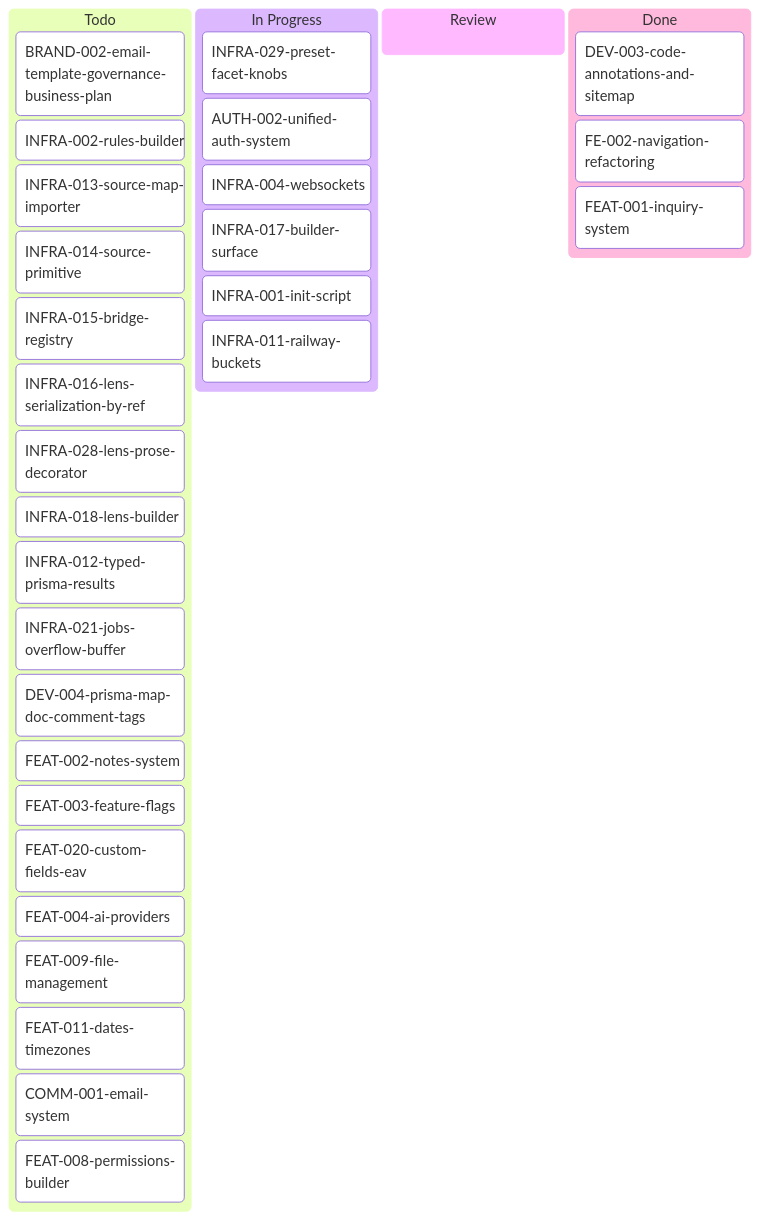
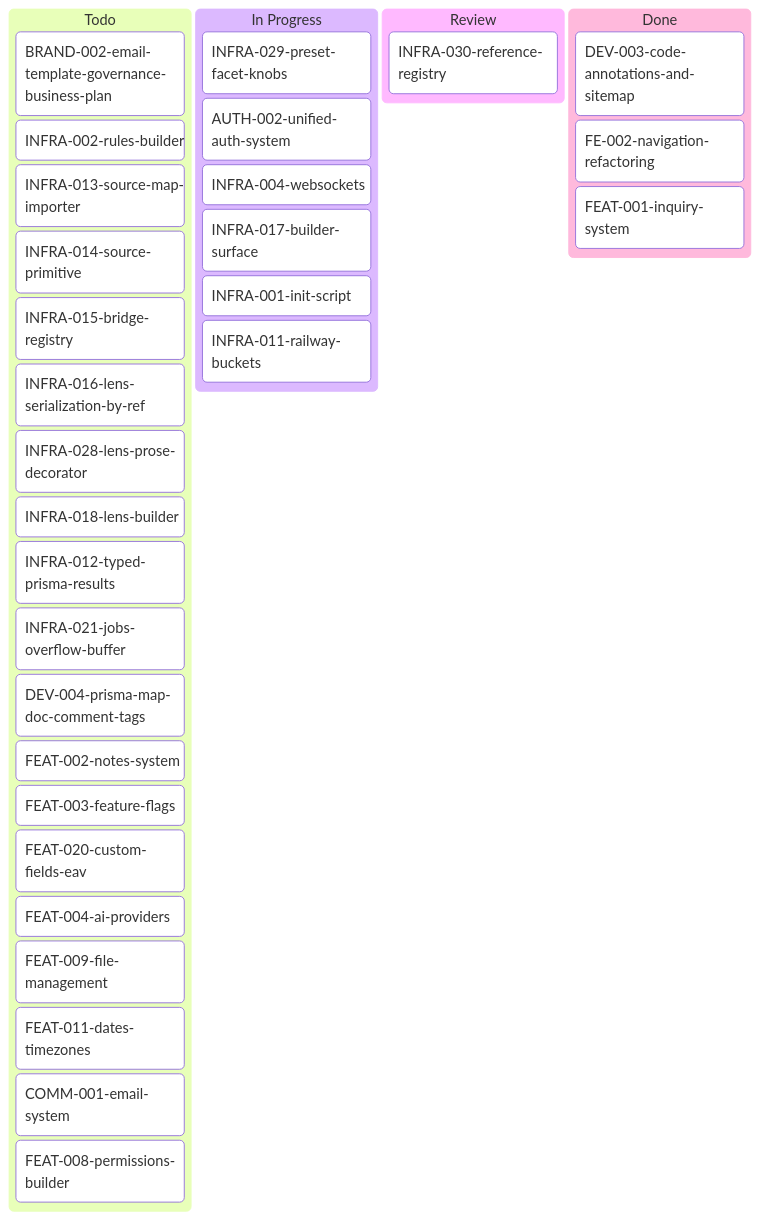
The diagram in tickets/kanban-aron.md (inixiative/template), drawn with Mermaid before and after one commit. The commit also changed other lines of this file and 79 other files, not shown here.

````diff
--- a/tickets/kanban-aron.md
+++ b/tickets/kanban-aron.md
@@ -3,40 +3,41 @@
 ```mermaid
 ---
 config:
   kanban:
     ticketBaseUrl: 'https://github.com/yourorg/template/blob/main/tickets/#TICKET#'
 ---
 kanban
   Todo
     BRAND-002-email-template-governance-business-plan
     INFRA-002-rules-builder
     INFRA-013-source-map-importer
     INFRA-014-source-primitive
     INFRA-015-bridge-registry
     INFRA-016-lens-serialization-by-ref
     INFRA-028-lens-prose-decorator
     INFRA-018-lens-builder
     INFRA-012-typed-prisma-results
     INFRA-021-jobs-overflow-buffer
     DEV-004-prisma-map-doc-comment-tags
     FEAT-002-notes-system
     FEAT-003-feature-flags
     FEAT-020-custom-fields-eav
     FEAT-004-ai-providers
     FEAT-009-file-management
     FEAT-011-dates-timezones
     COMM-001-email-system
     FEAT-008-permissions-builder
   In Progress
     INFRA-029-preset-facet-knobs
     AUTH-002-unified-auth-system
     INFRA-004-websockets
     INFRA-017-builder-surface
     INFRA-001-init-script
     INFRA-011-railway-buckets
   Review
+    INFRA-030-reference-registry
   Done
     DEV-003-code-annotations-and-sitemap
     FE-002-navigation-refactoring
     FEAT-001-inquiry-system
 ```
````
